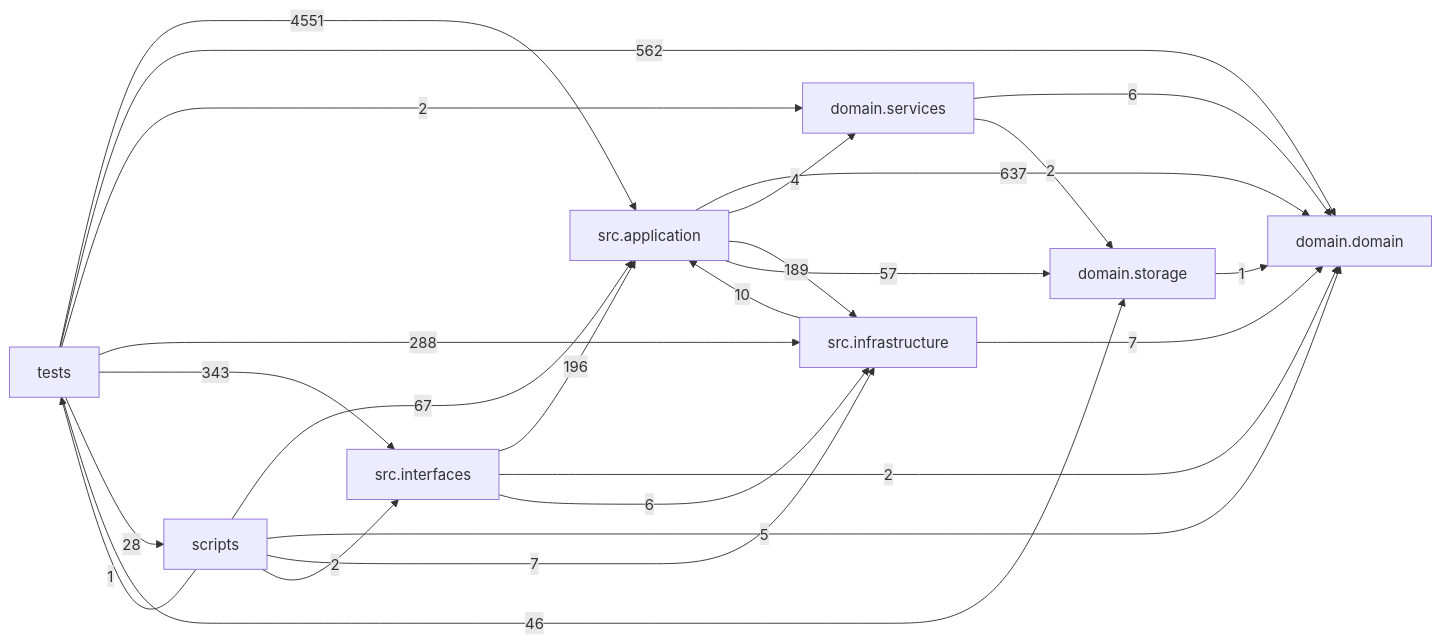
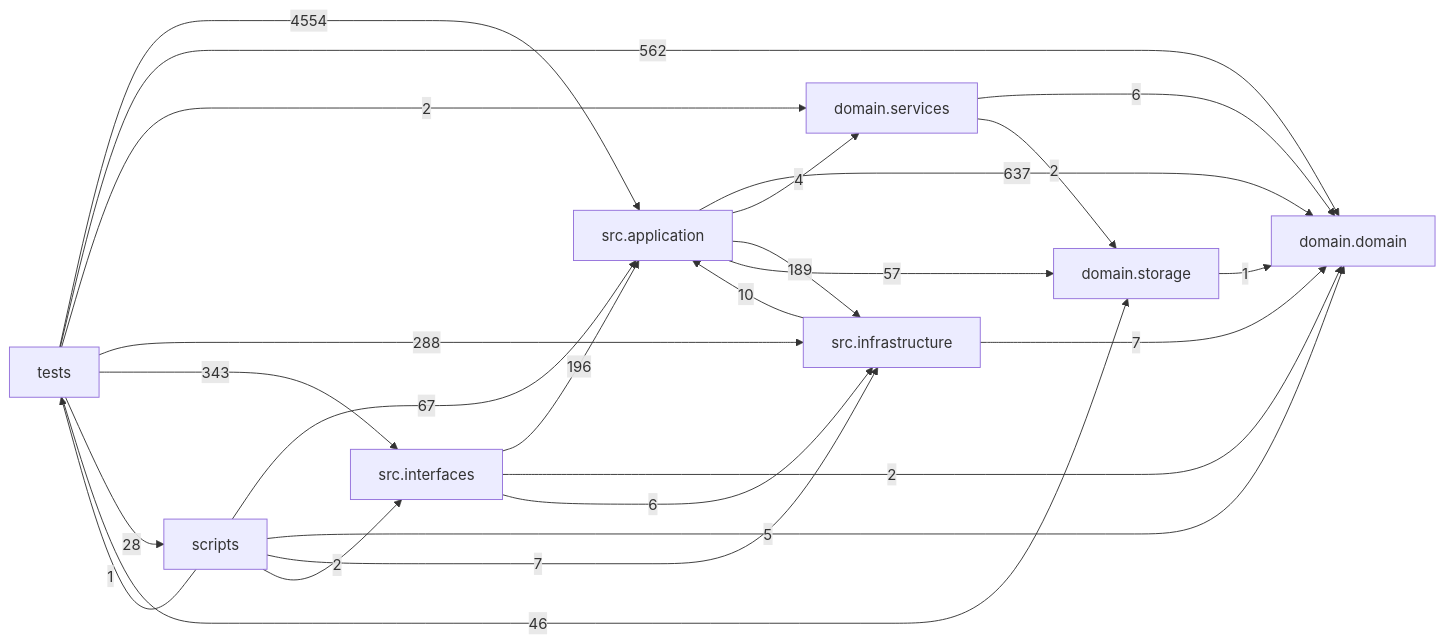
One commit to liuxie066/options-monitor changed the diagram in docs/DEPENDENCY_GRAPH.md. Above: the diagram before and after it, drawn with Mermaid. The commit also changed other lines of this file and 5 other files, not shown here.

````diff
--- a/docs/DEPENDENCY_GRAPH.md
+++ b/docs/DEPENDENCY_GRAPH.md
@@ -24,35 +24,35 @@
 ```mermaid
 flowchart LR
   tests["tests"]
   scripts["scripts"]
   interfaces["src.interfaces"]
   application["src.application"]
   infrastructure["src.infrastructure"]
   domain_services["domain.services"]
   domain["domain.domain"]
   storage["domain.storage"]
   application -->|637| domain
   application -->|4| domain_services
   application -->|189| infrastructure
   application -->|57| storage
   domain_services -->|6| domain
   domain_services -->|2| storage
   infrastructure -->|10| application
   infrastructure -->|7| domain
   interfaces -->|196| application
   interfaces -->|2| domain
   interfaces -->|6| infrastructure
   scripts -->|67| application
   scripts -->|5| domain
   scripts -->|7| infrastructure
   scripts -->|2| interfaces
   scripts -->|1| tests
   storage -->|1| domain
-  tests -->|4551| application
+  tests -->|4554| application
   tests -->|562| domain
   tests -->|2| domain_services
   tests -->|288| infrastructure
   tests -->|343| interfaces
   tests -->|28| scripts
   tests -->|46| storage
 ```
````
